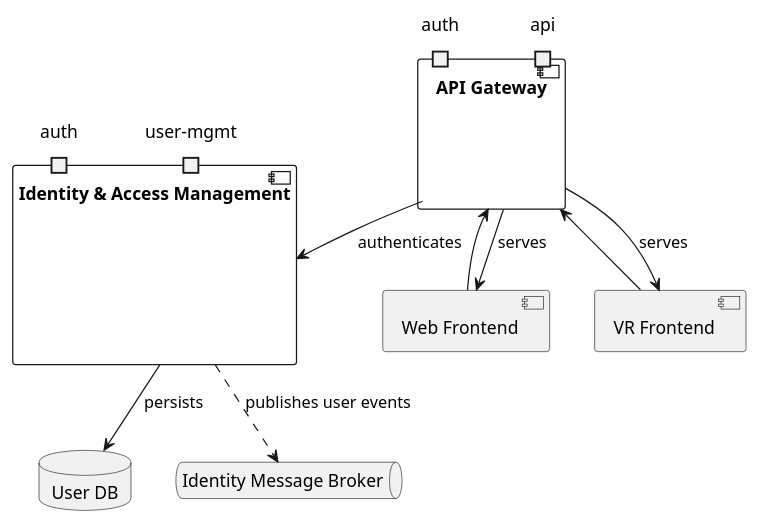
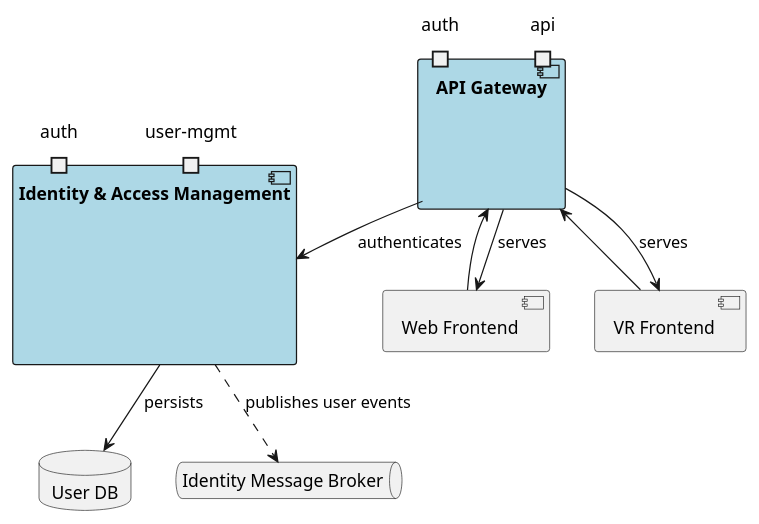
The second of 3 diagrams in docs/service-architecture.md (pressla/architecture), drawn with PlantUML before and after one commit. The commit also changed other lines of this file and 4 other files, not shown here.

````diff
--- a/docs/service-architecture.md
+++ b/docs/service-architecture.md
@@ -73,36 +73,36 @@
 ```plantuml
 @startuml Gateway and Identity Architecture
 
 ' External Systems
 component "Web Frontend" as webUI
 component "VR Frontend" as vrUI
 
 ' API Gateway
-component "API Gateway" as gateway {
+component "API Gateway" as gateway #lightblue {
     port "auth" as gwAuth
     port "api" as gwApi
 }
 
 ' Identity Services
-component "Identity & Access Management" as iam {
+component "Identity & Access Management" as iam #lightblue {
     port "auth" as iamAuth
     port "user-mgmt" as iamUser
 }
 
 ' Infrastructure Components
 database "User DB" as userDB
 queue "Identity Message Broker" as identityBroker
 
 ' Connections
 gateway --> iam : "authenticates"
 gateway --> webUI : "serves"
 gateway --> vrUI : "serves"
 
 iam --> userDB : "persists"
 iam ..> identityBroker : "publishes user events"
 
 webUI --> gateway
 vrUI --> gateway
 
 @enduml
 ```
````
